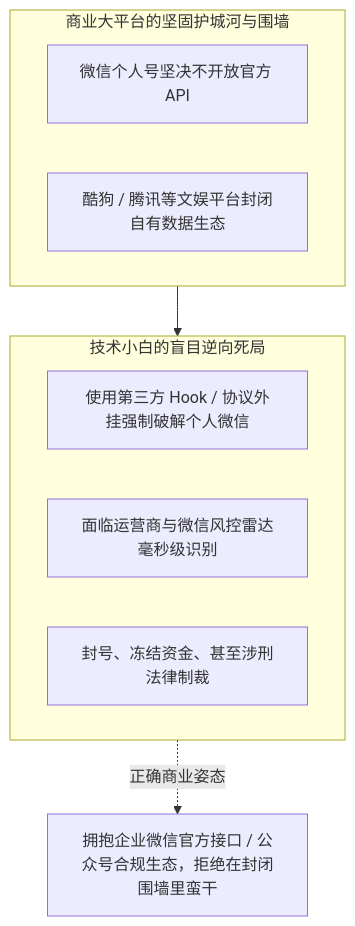
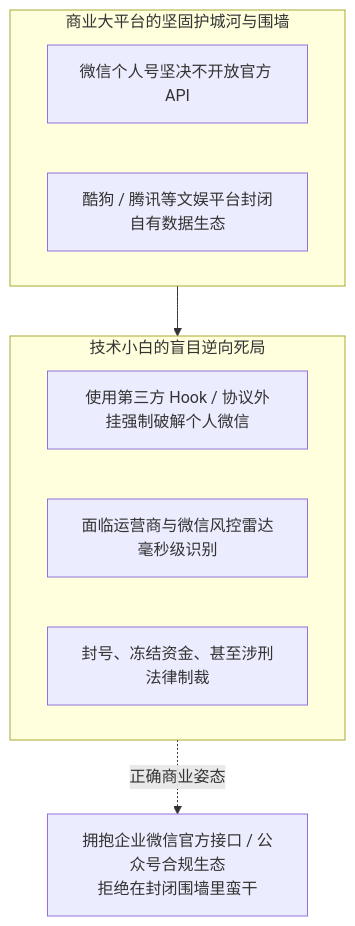
One commit to dollarser/knowledge changed diagram 16 of 16 in content/live-20261102-01.md. Above: the diagram before and after it, drawn with Mermaid. The commit also changed other lines of this file, not shown here.

Commit message:
style(mermaid): verticalize internal nodes with multi-line breaks for mobile read

````diff
--- a/content/live-20261102-01.md
+++ b/content/live-20261102-01.md
@@ -544,16 +549,16 @@
 ```mermaid
 flowchart TD
     subgraph Wall["商业大平台的坚固护城河与围墙"]
         W1["微信个人号坚决不开放官方 API"]
         W2["酷狗 / 腾讯等文娱平台封闭自有数据生态"]
     end
 
     subgraph Trap["技术小白的盲目逆向死局"]
         T1["使用第三方 Hook / 协议外挂强制破解个人微信"]
         T2["面临运营商与微信风控雷达毫秒级识别"]
         T3["封号、冻结资金、甚至涉刑法律制裁"]
     end
 
     Wall --> Trap
-    Trap -.->|正确商业姿态| Solution["拥抱企业微信官方接口 / 公众号合规生态，拒绝在封闭围墙里蛮干"]
+    Trap -.->|正确商业姿态| Solution["拥抱企业微信官方接口 / 公众号合规生态<br/>拒绝在封闭围墙里蛮干"]
 ```
````
